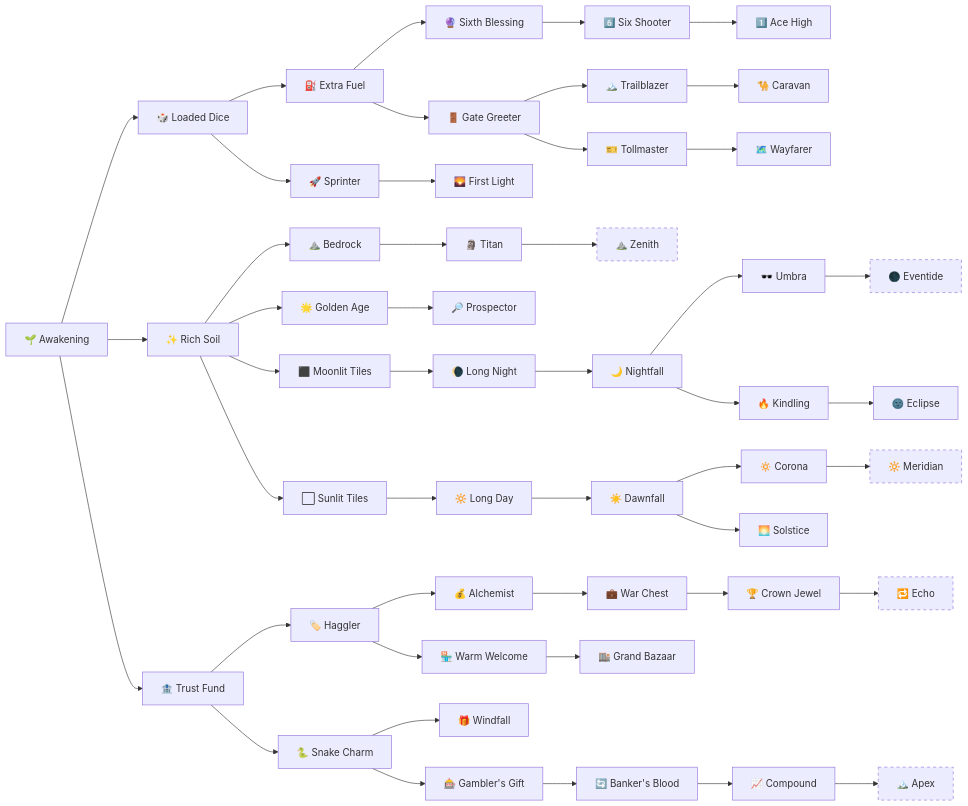
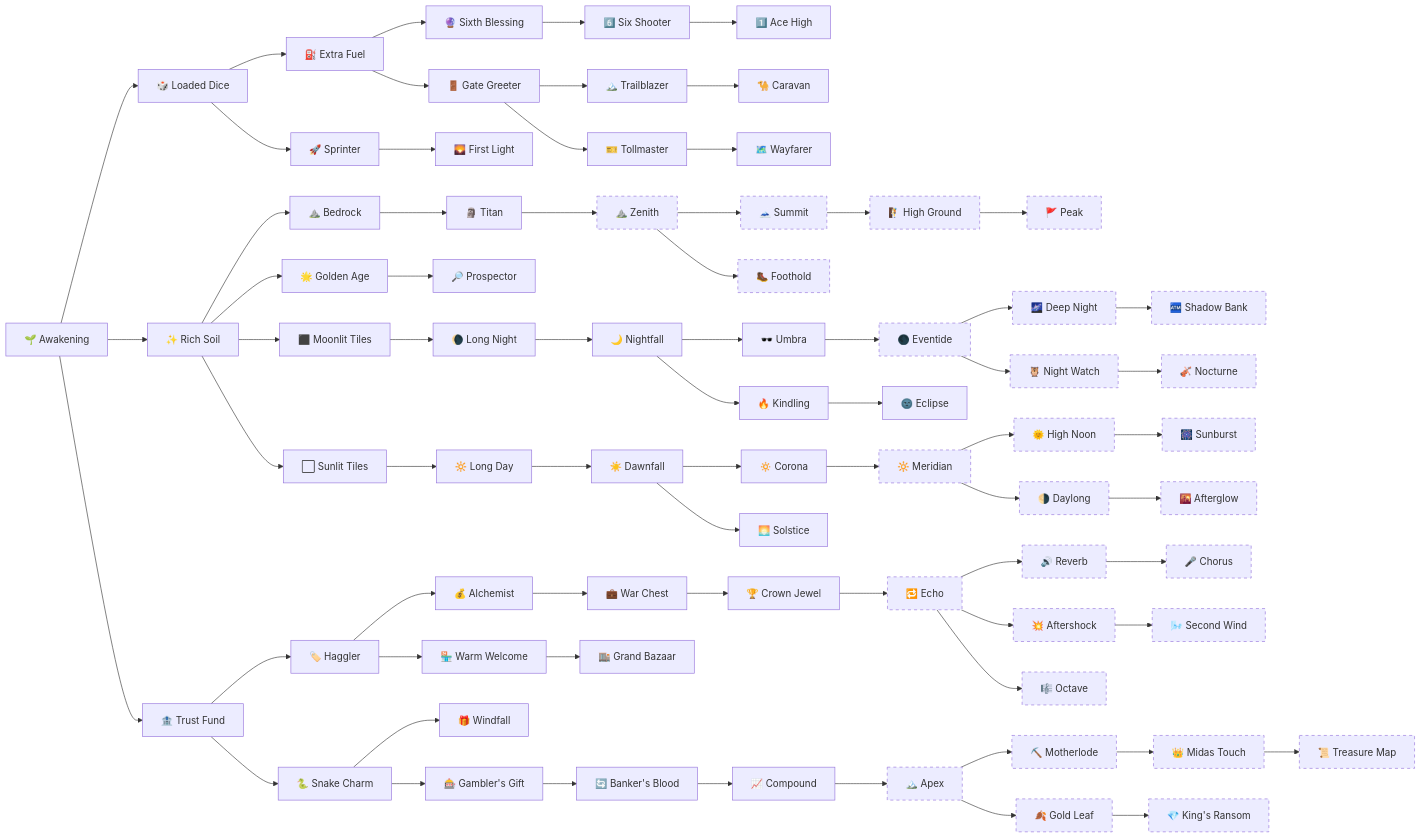
One commit to WindingDuke77/amethyst-arcade-wiki changed the diagram in docs/rogue-roller/meta-tree.md. Above: the diagram before and after it, drawn with Mermaid. The commit also changed other lines of this file and 60 other files, not shown here.

````diff
--- a/docs/rogue-roller/meta-tree.md
+++ b/docs/rogue-roller/meta-tree.md
@@ -57,10 +57,32 @@
     n_bankersBlood["🔄 Banker's Blood"]
     n_compound["📈 Compound"]
     n_echo["🔁 Echo"]
+    n_reverb["🔊 Reverb"]
+    n_aftershock["💥 Aftershock"]
+    n_octave["🎼 Octave"]
+    n_secondWind["🌬️ Second Wind"]
+    n_chorus["🎤 Chorus"]
     n_zenith["⛰️ Zenith"]
+    n_summit["🗻 Summit"]
+    n_foothold["🥾 Foothold"]
+    n_highGround["🧗 High Ground"]
+    n_peak["🚩 Peak"]
     n_eventide["🌑 Eventide"]
+    n_deepNight["🌌 Deep Night"]
+    n_nightWatch["🦉 Night Watch"]
+    n_shadowBank["🏧 Shadow Bank"]
+    n_nocturne["🎻 Nocturne"]
     n_meridian["🔆 Meridian"]
+    n_highNoon["🌞 High Noon"]
+    n_daylong["🌗 Daylong"]
+    n_sunburst["🎆 Sunburst"]
+    n_afterglow["🌇 Afterglow"]
     n_apex["🏔️ Apex"]
+    n_motherlode["⛏️ Motherlode"]
+    n_goldLeaf["🍂 Gold Leaf"]
+    n_midas["👑 Midas Touch"]
+    n_kingsRansom["💎 King's Ransom"]
+    n_treasureMap["📜 Treasure Map"]
     n_awaken --> n_loadedDice
     n_loadedDice --> n_extraFuel
     n_extraFuel --> n_sixthBlessing
@@ -102,10 +124,32 @@
     n_doubleStart --> n_bankersBlood
     n_bankersBlood --> n_compound
     n_crownJewel --> n_echo
+    n_echo --> n_reverb
+    n_echo --> n_aftershock
+    n_echo --> n_octave
+    n_aftershock --> n_secondWind
+    n_reverb --> n_chorus
     n_titan --> n_zenith
+    n_zenith --> n_summit
+    n_zenith --> n_foothold
+    n_summit --> n_highGround
+    n_highGround --> n_peak
     n_umbra --> n_eventide
+    n_eventide --> n_deepNight
+    n_eventide --> n_nightWatch
+    n_deepNight --> n_shadowBank
+    n_nightWatch --> n_nocturne
     n_corona --> n_meridian
+    n_meridian --> n_highNoon
+    n_meridian --> n_daylong
+    n_highNoon --> n_sunburst
+    n_daylong --> n_afterglow
     n_compound --> n_apex
+    n_apex --> n_motherlode
+    n_apex --> n_goldLeaf
+    n_motherlode --> n_midas
+    n_goldLeaf --> n_kingsRansom
+    n_midas --> n_treasureMap
     classDef ascend stroke-dasharray: 5 5
-    class n_echo,n_zenith,n_eventide,n_meridian,n_apex ascend
+    class n_echo,n_reverb,n_aftershock,n_octave,n_secondWind,n_chorus,n_zenith,n_summit,n_foothold,n_highGround,n_peak,n_eventide,n_deepNight,n_nightWatch,n_shadowBank,n_nocturne,n_meridian,n_highNoon,n_daylong,n_sunburst,n_afterglow,n_apex,n_motherlode,n_goldLeaf,n_midas,n_kingsRansom,n_treasureMap ascend
 ```
````
